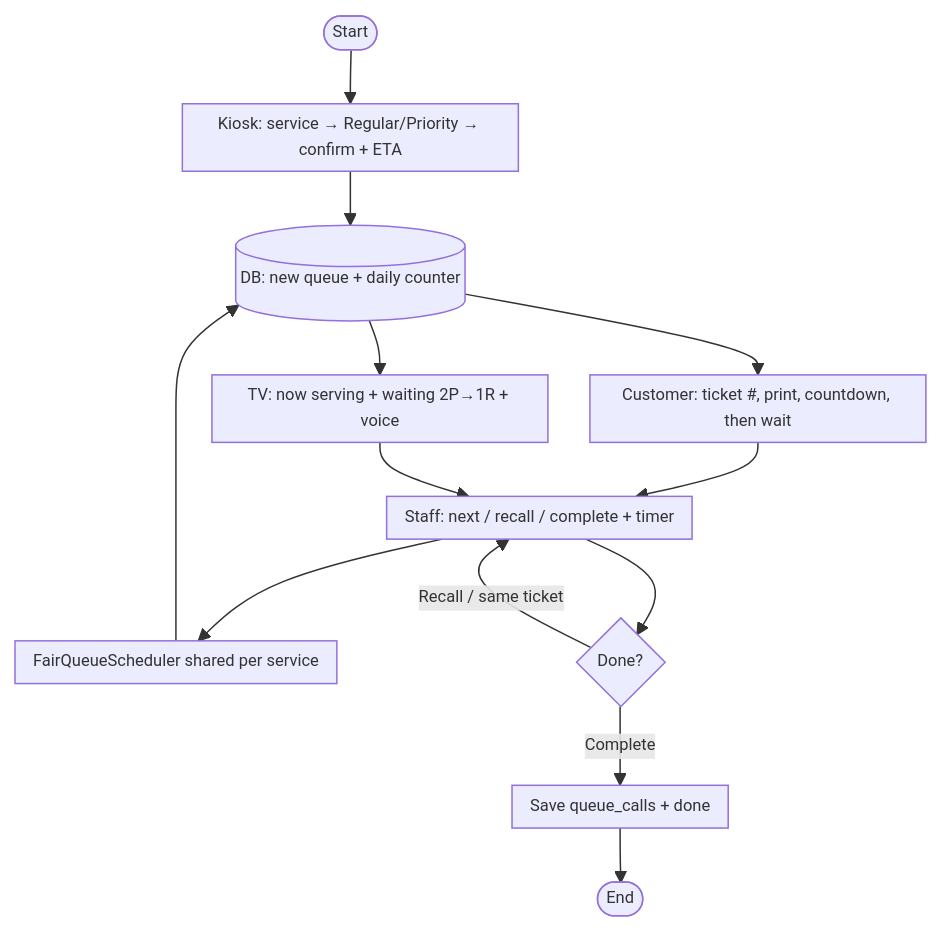
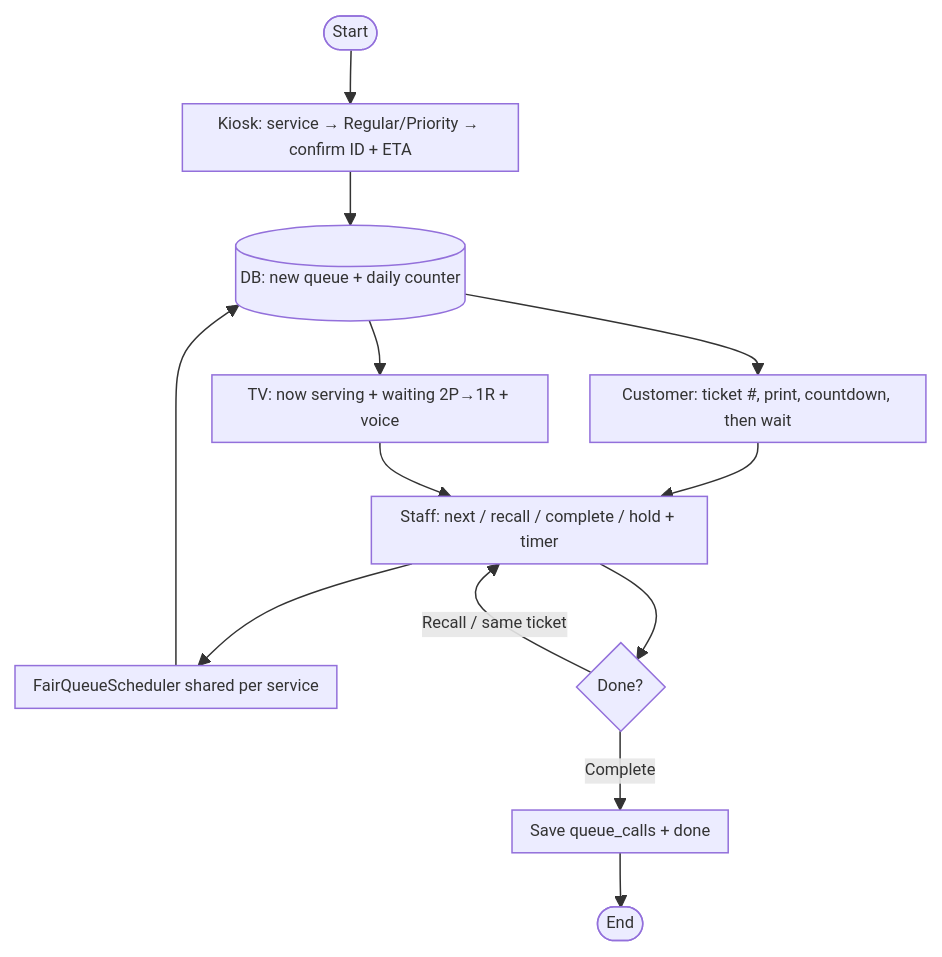
The first of 12 diagrams in docs/system-flowchart.md (rhems95/queuing-system), drawn with Mermaid before and after one commit. The commit also changed other lines of this file and 31 other files, not shown here.

First line of the commit message:
Add student ID confirm, Hold, and window-scoped cashier serving.

````diff
--- a/docs/system-flowchart.md
+++ b/docs/system-flowchart.md
@@ -34,16 +34,16 @@
 ```mermaid
 %%{init: {'flowchart': {'nodeSpacing': 28, 'rankSpacing': 36, 'padding': 6, 'useMaxWidth': true}, 'themeVariables': { 'fontSize': '11px'}}}%%
 flowchart TD
-    St([Start]) --> K["Kiosk: service → Regular/Priority → confirm + ETA"]
+    St([Start]) --> K["Kiosk: service → Regular/Priority → confirm ID + ETA"]
     K --> DB[("DB: new queue + daily counter")]
     DB --> PA["Customer: ticket #, print, countdown, then wait"]
     DB --> PB["TV: now serving + waiting 2P→1R + voice"]
-    PA --> SW["Staff: next / recall / complete + timer"]
+    PA --> SW["Staff: next / recall / complete / hold + timer"]
     PB --> SW
     SW --> Fair["FairQueueScheduler shared per service"]
     Fair --> DB
     SW --> Q{Done?}
     Q -->|Recall / same ticket| SW
     Q -->|Complete| H["Save queue_calls + done"]
     H --> En([End])
 ```
````
